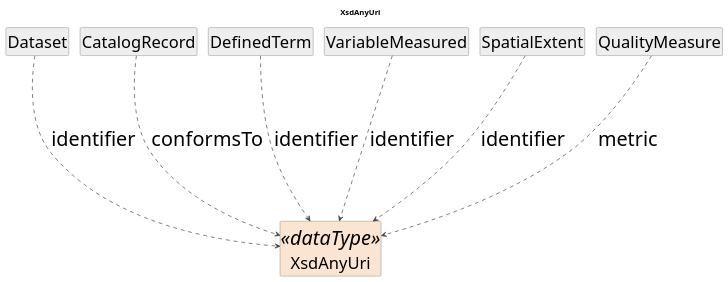
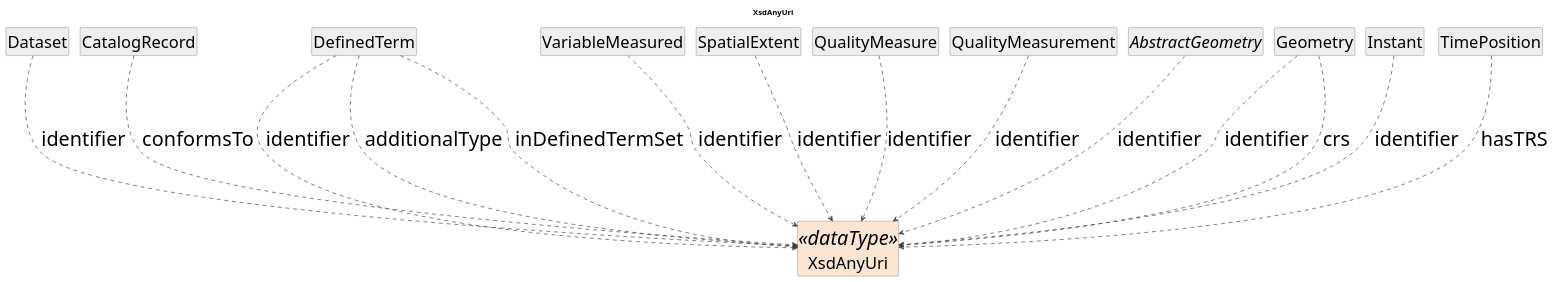
Before and after one commit to Cross-Domain-Interoperability-Framework/metadataBuildingBlocks: the diagram in cdif-uml-model/CDIFDiscovery/DataTypes/XsdAnyUri.pu, drawn with PlantUML. The commit also changed 358 other files, not shown here.

```diff
--- a/cdif-uml-model/CDIFDiscovery/DataTypes/XsdAnyUri.pu
+++ b/cdif-uml-model/CDIFDiscovery/DataTypes/XsdAnyUri.pu
@@ -1,31 +1,44 @@
 @startuml
 title XsdAnyUri
 hide circle
 hide empty members
 skinparam shadowing false
 skinparam ArrowThickness 1.2
 skinparam ranksep 250
 skinparam nodesep 20
 skinparam defaultFontSize 36
 skinparam class {
   ArrowColor #404040
   BorderColor #404040
   FontSize 36
   AttributeFontSize 30
 }
 
 class "XsdAnyUri" as XsdAnyUri <<dataType>> #FAE5D3
 class "Dataset" as Dataset #EEEEEE
 Dataset ..> XsdAnyUri : identifier
 class "CatalogRecord" as CatalogRecord #EEEEEE
 CatalogRecord ..> XsdAnyUri : conformsTo
 class "DefinedTerm" as DefinedTerm #EEEEEE
 DefinedTerm ..> XsdAnyUri : identifier
+DefinedTerm ..> XsdAnyUri : additionalType
+DefinedTerm ..> XsdAnyUri : inDefinedTermSet
 class "VariableMeasured" as VariableMeasured #EEEEEE
 VariableMeasured ..> XsdAnyUri : identifier
 class "SpatialExtent" as SpatialExtent #EEEEEE
 SpatialExtent ..> XsdAnyUri : identifier
 class "QualityMeasure" as QualityMeasure #EEEEEE
-QualityMeasure ..> XsdAnyUri : metric
+QualityMeasure ..> XsdAnyUri : identifier
+class "QualityMeasurement" as QualityMeasurement #EEEEEE
+QualityMeasurement ..> XsdAnyUri : identifier
+abstract class "AbstractGeometry" as AbstractGeometry #EEEEEE
+AbstractGeometry ..> XsdAnyUri : identifier
+class "Geometry" as Geometry #EEEEEE
+Geometry ..> XsdAnyUri : identifier
+Geometry ..> XsdAnyUri : crs
+class "Instant" as Instant #EEEEEE
+Instant ..> XsdAnyUri : identifier
+class "TimePosition" as TimePosition #EEEEEE
+TimePosition ..> XsdAnyUri : hasTRS
 
 @enduml
```
